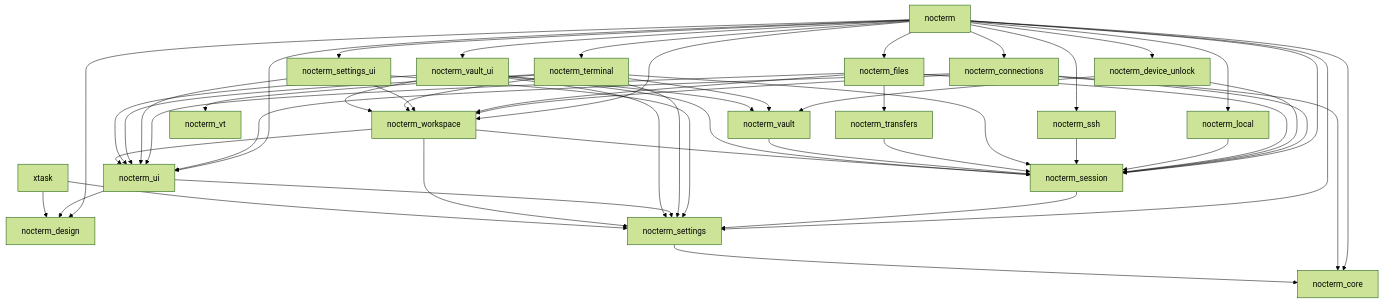
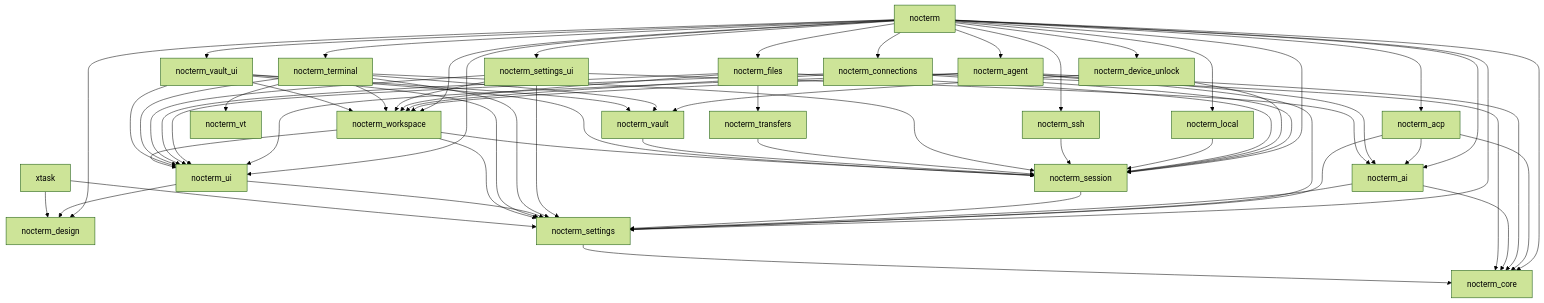
One commit to cu-e/nocterm changed the diagram in docs/architecture/dependencies.md. Above: the diagram before and after it, drawn with Mermaid (forest theme). The commit also changed other lines of this file and 71 other files, not shown here.

Commit message:
feat(agent): add ACP chat panel and terminal context

````diff
--- a/docs/architecture/dependencies.md
+++ b/docs/architecture/dependencies.md
@@ -30,54 +33,68 @@
 ```mermaid
 graph TD
+    nocterm --> nocterm_acp
+    nocterm --> nocterm_agent
+    nocterm --> nocterm_ai
     nocterm --> nocterm_connections
     nocterm --> nocterm_core
     nocterm --> nocterm_design
     nocterm --> nocterm_device_unlock
     nocterm --> nocterm_files
     nocterm --> nocterm_local
     nocterm --> nocterm_session
     nocterm --> nocterm_settings
     nocterm --> nocterm_settings_ui
     nocterm --> nocterm_ssh
     nocterm --> nocterm_terminal
     nocterm --> nocterm_ui
     nocterm --> nocterm_vault_ui
     nocterm --> nocterm_workspace
+    nocterm_acp --> nocterm_ai
+    nocterm_acp --> nocterm_core
+    nocterm_acp --> nocterm_settings
+    nocterm_agent --> nocterm_ai
+    nocterm_agent --> nocterm_core
+    nocterm_agent --> nocterm_settings
+    nocterm_agent --> nocterm_ui
+    nocterm_agent --> nocterm_workspace
+    nocterm_ai --> nocterm_core
+    nocterm_ai --> nocterm_settings
     nocterm_connections --> nocterm_core
     nocterm_connections --> nocterm_session
     nocterm_connections --> nocterm_ui
     nocterm_connections --> nocterm_workspace
     nocterm_device_unlock --> nocterm_session
     nocterm_device_unlock --> nocterm_vault
     nocterm_files --> nocterm_session
     nocterm_files --> nocterm_transfers
     nocterm_files --> nocterm_ui
     nocterm_files --> nocterm_workspace
     nocterm_local --> nocterm_session
     nocterm_session --> nocterm_settings
     nocterm_settings --> nocterm_core
+    nocterm_settings_ui --> nocterm_ai
     nocterm_settings_ui --> nocterm_settings
     nocterm_settings_ui --> nocterm_ui
     nocterm_settings_ui --> nocterm_workspace
     nocterm_ssh --> nocterm_session
     nocterm_terminal --> nocterm_session
     nocterm_terminal --> nocterm_settings
     nocterm_terminal --> nocterm_ui
     nocterm_terminal --> nocterm_vault
     nocterm_terminal --> nocterm_vt
     nocterm_terminal --> nocterm_workspace
     nocterm_transfers --> nocterm_session
     nocterm_ui --> nocterm_design
     nocterm_ui --> nocterm_settings
     nocterm_vault --> nocterm_session
     nocterm_vault_ui --> nocterm_session
     nocterm_vault_ui --> nocterm_settings
     nocterm_vault_ui --> nocterm_ui
     nocterm_vault_ui --> nocterm_vault
     nocterm_vault_ui --> nocterm_workspace
     nocterm_workspace --> nocterm_session
     nocterm_workspace --> nocterm_settings
     nocterm_workspace --> nocterm_ui
     xtask --> nocterm_design
     xtask --> nocterm_settings
 ```
````
